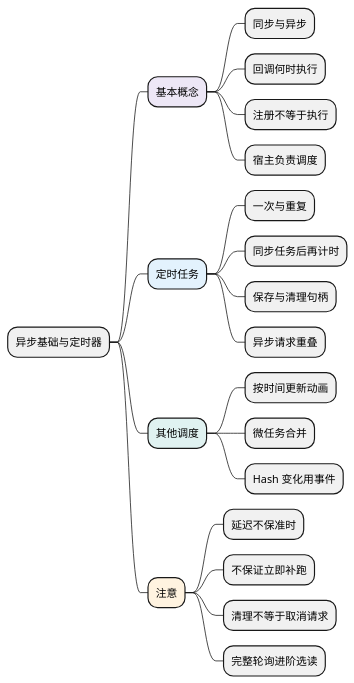
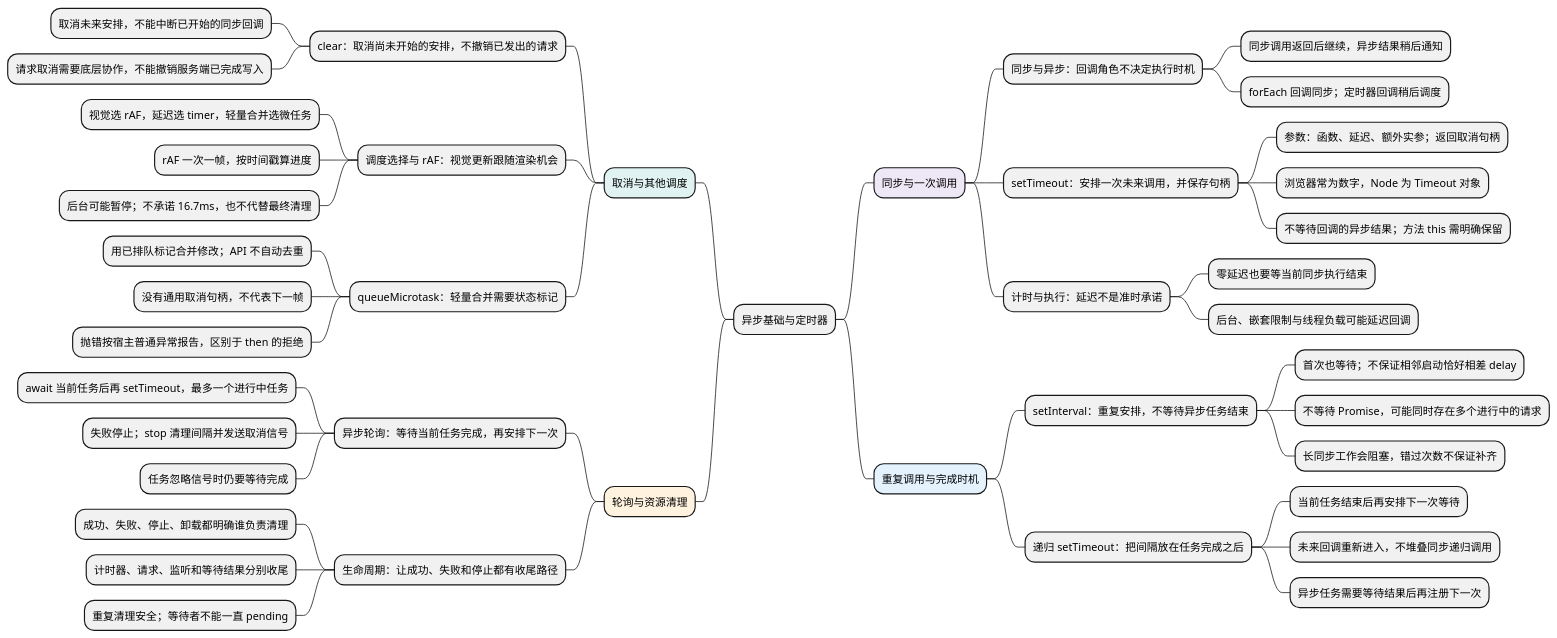
One commit to chenx18/JAVA changed the diagram in docs/AI前端全栈教材/01_JavaScript/04_异步机制/01_异步基础与定时器.md. Above: the diagram before and after it, drawn with PlantUML. The commit also changed other lines of this file and 84 other files, not shown here.

````diff
--- a/docs/AI前端全栈教材/01_JavaScript/04_异步机制/01_异步基础与定时器.md
+++ b/docs/AI前端全栈教材/01_JavaScript/04_异步机制/01_异步基础与定时器.md
@@ -9,31 +9,54 @@
 ```plantuml
 @startmindmap
 skinparam defaultFontName Microsoft YaHei
 skinparam defaultFontSize 14
 skinparam dpi 100
 skinparam backgroundColor white
 skinparam shadowing false
 
 * 异步基础与定时器
-**[#EDE7F6] 基本概念
-*** 同步与异步
-*** 回调何时执行
-*** 注册不等于执行
-*** 宿主负责调度
-**[#E3F2FD] 定时任务
-*** 一次与重复
-*** 同步任务后再计时
-*** 保存与清理句柄
-*** 异步请求重叠
-**[#E0F2F1] 其他调度
-*** 按时间更新动画
-*** 微任务合并
-*** Hash 变化用事件
-**[#FFF3E0] 注意
-*** 延迟不保准时
-*** 不保证立即补跑
-*** 清理不等于取消请求
-*** 完整轮询进阶选读
+**[#EDE7F6] 同步与一次调用
+*** 同步与异步：回调角色不决定执行时机
+**** 同步调用返回后继续，异步结果稍后通知
+**** forEach 回调同步；定时器回调稍后调度
+*** setTimeout：安排一次未来调用，并保存句柄
+**** 参数：函数、延迟、额外实参；返回取消句柄
+**** 浏览器常为数字，Node 为 Timeout 对象
+**** 不等待回调的异步结果；方法 this 需明确保留
+*** 计时与执行：延迟不是准时承诺
+**** 零延迟也要等当前同步执行结束
+**** 后台、嵌套限制与线程负载可能延迟回调
+**[#E3F2FD] 重复调用与完成时机
+*** setInterval：重复安排，不等待异步任务结束
+**** 首次也等待；不保证相邻启动恰好相差 delay
+**** 不等待 Promise，可能同时存在多个进行中的请求
+**** 长同步工作会阻塞，错过次数不保证补齐
+*** 递归 setTimeout：把间隔放在任务完成之后
+**** 当前任务结束后再安排下一次等待
+**** 未来回调重新进入，不堆叠同步递归调用
+**** 异步任务需要等待结果后再注册下一次
+left side
+**[#E0F2F1] 取消与其他调度
+*** clear：取消尚未开始的安排，不撤销已发出的请求
+**** 取消未来安排，不能中断已开始的同步回调
+**** 请求取消需要底层协作，不能撤销服务端已完成写入
+*** 调度选择与 rAF：视觉更新跟随渲染机会
+**** 视觉选 rAF，延迟选 timer，轻量合并选微任务
+**** rAF 一次一帧，按时间戳算进度
+**** 后台可能暂停；不承诺 16.7ms，也不代替最终清理
+*** queueMicrotask：轻量合并需要状态标记
+**** 用已排队标记合并修改；API 不自动去重
+**** 没有通用取消句柄，不代表下一帧
+**** 抛错按宿主普通异常报告，区别于 then 的拒绝
+**[#FFF3E0] 轮询与资源清理
+*** 异步轮询：等待当前任务完成，再安排下一次
+**** await 当前任务后再 setTimeout，最多一个进行中任务
+**** 失败停止；stop 清理间隔并发送取消信号
+**** 任务忽略信号时仍要等待完成
+*** 生命周期：让成功、失败和停止都有收尾路径
+**** 成功、失败、停止、卸载都明确谁负责清理
+**** 计时器、请求、监听和等待结果分别收尾
+**** 重复清理安全；等待者不能一直 pending
 
 @endmindmap
 ```
````
